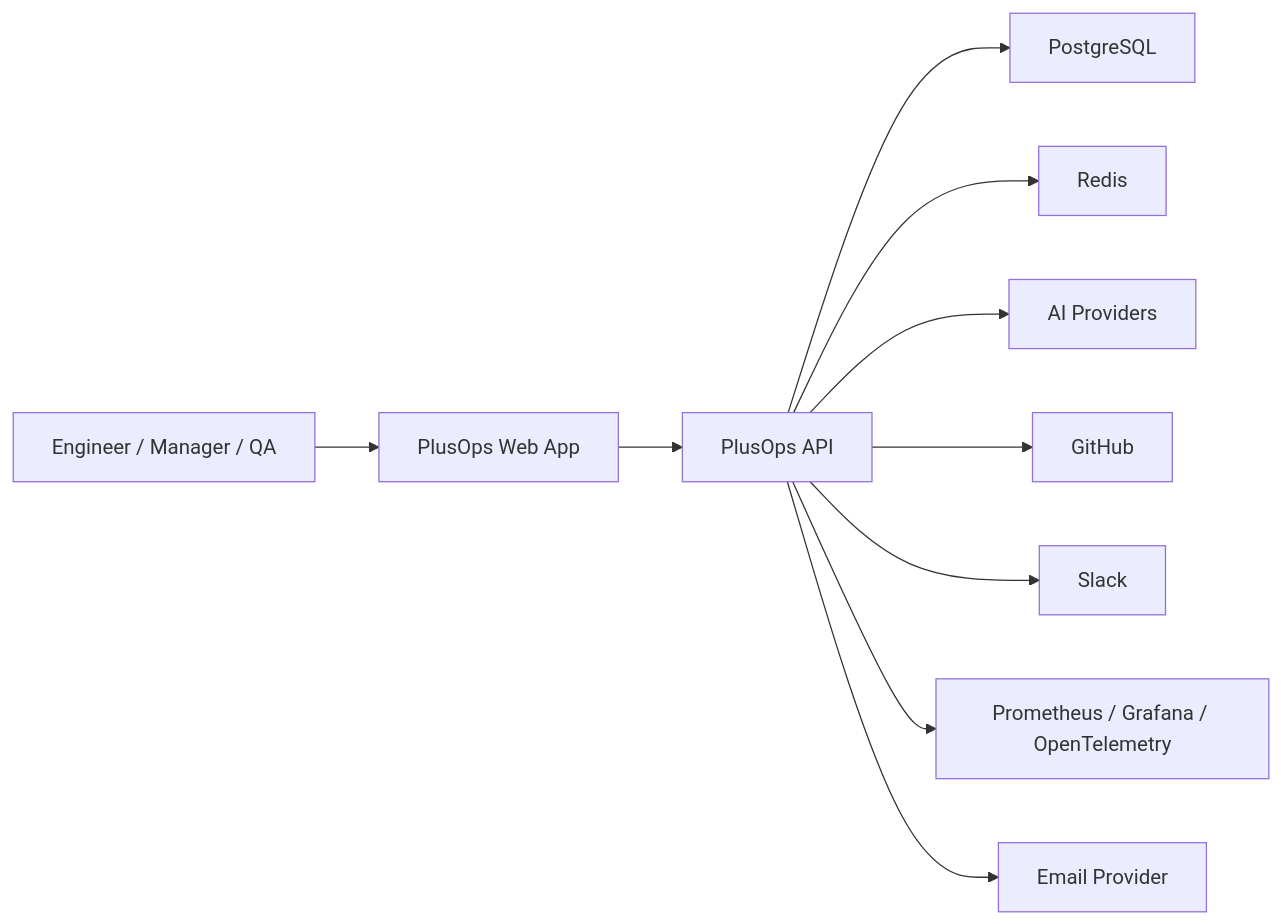
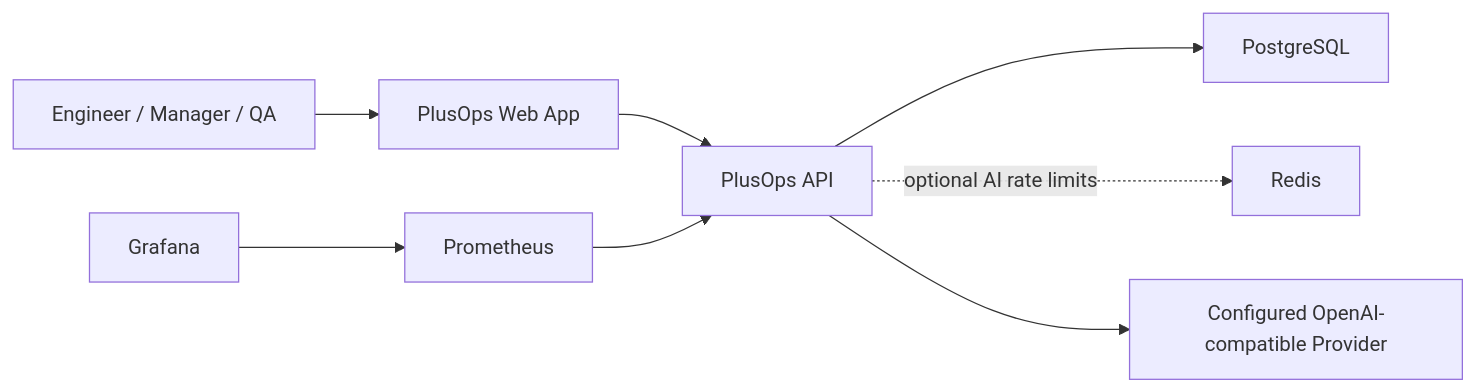
Before and after one commit to Ruchi2117/PlusOps: the first of 14 diagrams in docs/architecture/overview.md, drawn with Mermaid. The commit also changed other lines of this file and 8 other files, not shown here.

````diff
--- a/docs/architecture/overview.md
+++ b/docs/architecture/overview.md
@@ -9,12 +9,10 @@
 ```mermaid
 flowchart LR
   Engineer["Engineer / Manager / QA"] --> Web["PlusOps Web App"]
   Web --> API["PlusOps API"]
   API --> Postgres["PostgreSQL"]
-  API --> Redis["Redis"]
-  API --> AI["AI Providers"]
-  API --> GitHub["GitHub"]
-  API --> Slack["Slack"]
-  API --> Observability["Prometheus / Grafana / OpenTelemetry"]
-  API --> Email["Email Provider"]
+  API -. "optional AI rate limits" .-> Redis["Redis"]
+  API --> AI["Configured OpenAI-compatible Provider"]
+  Prometheus["Prometheus"] --> API
+  Grafana["Grafana"] --> Prometheus
 ```
````
